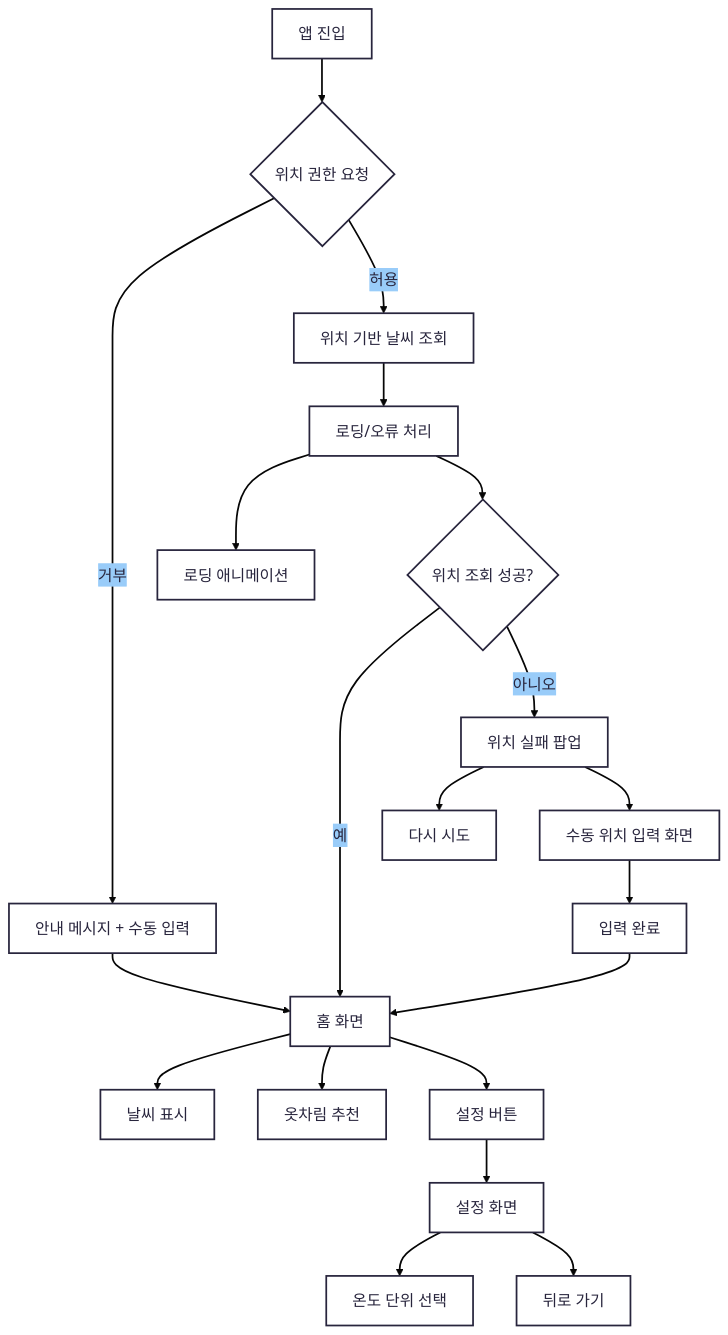
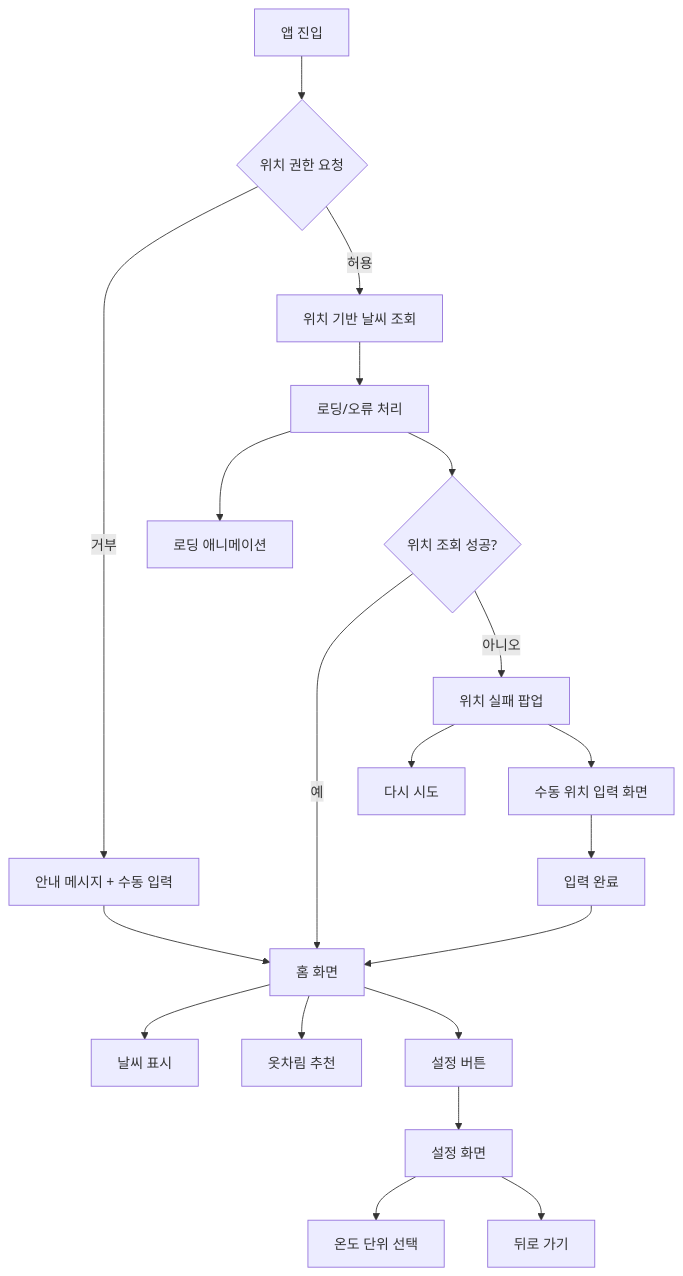
The diagram in 3주차/readme.md (Gnyo/Capstone), drawn with Mermaid before and after one commit. The commit also changed other lines of this file, not shown here.

````diff
--- a/3주차/readme.md
+++ b/3주차/readme.md
@@ -19,29 +21,19 @@
 ```mermaid
----
-config:
-  theme: redux
-  themeVariables:
-    background: '#f9f9f9'
-    primaryColor: '#f999cc'
-    fontFamily: Pretendard
-    fontSize: 18px
-  layout: dagre
----
 flowchart TD
     A["앱 진입"] --> B{"위치 권한 요청"}
     B -- 거부 --> D["안내 메시지 + 수동 입력"]
     D --> E["홈 화면"]
     B -- 허용 --> C["위치 기반 날씨 조회"]
     C --> M["로딩/오류 처리"]
     M --> N["로딩 애니메이션"]
     M --> O{"위치 조회 성공?"}
     O -- 예 --> E
     O -- 아니오 --> P["위치 실패 팝업"]
     P --> Q["다시 시도"]
     P --> R["수동 위치 입력 화면"]
     R --> S["입력 완료"]
     S --> E
     E --> F["날씨 표시"] & G["옷차림 추천"] & H["설정 버튼"]
     H --> I["설정 화면"]
     I --> J["온도 단위 선택"] & L["뒤로 가기"]
 ```
````
